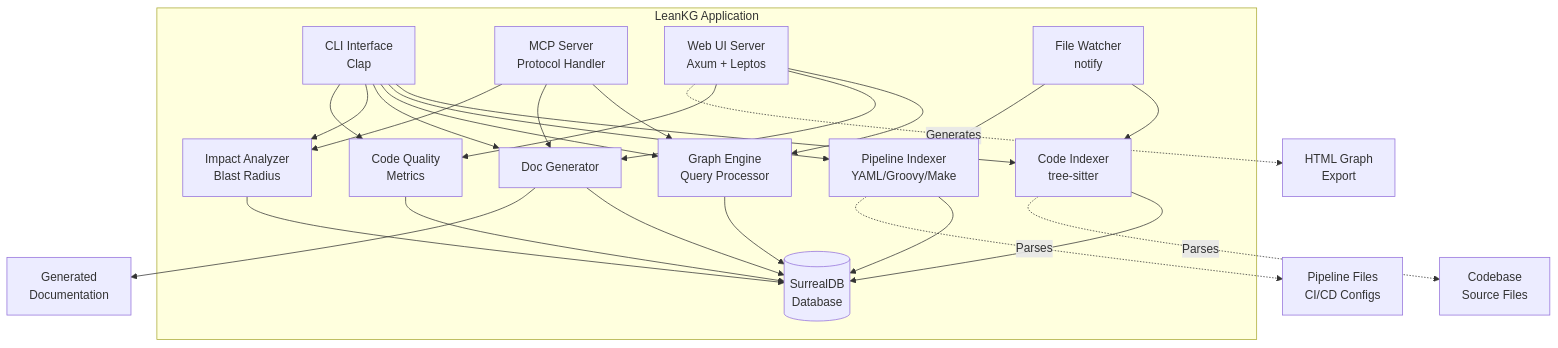
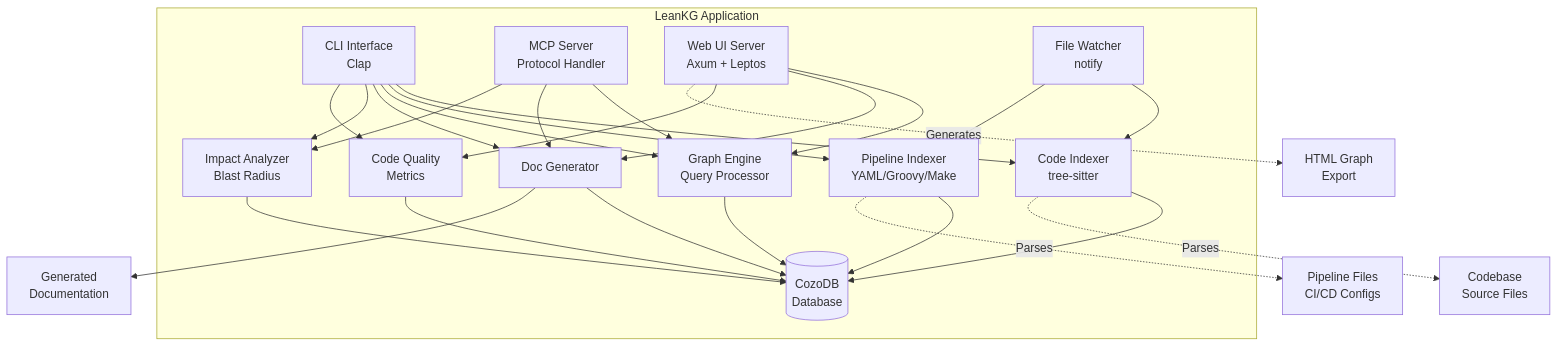
Before and after one commit to FreePeak/LeanKG: the second of 11 diagrams in docs/design/hld-leankg.md, drawn with Mermaid. The commit also changed other lines of this file and 7 other files, not shown here.

First line of the commit message:
docs: add pipeline extraction to PRD/HLD, migrate SurrealDB references to CozoDB

````diff
--- a/docs/design/hld-leankg.md
+++ b/docs/design/hld-leankg.md
@@ -94,53 +95,53 @@
 ```mermaid
 graph TB
     subgraph "LeanKG Application"
         CLI[CLI Interface<br/>Clap]
         MCP[MCP Server<br/>Protocol Handler]
         Web[Web UI Server<br/>Axum + Leptos]
         
         Indexer[Code Indexer<br/>tree-sitter]
         PipeIdx[Pipeline Indexer<br/>YAML/Groovy/Make]
         Graph[Graph Engine<br/>Query Processor]
         DocGen[Doc Generator]
         Watcher[File Watcher<br/>notify]
         Impact[Impact Analyzer<br/>Blast Radius]
         Qual[Code Quality<br/>Metrics]
         
-        DB[(SurrealDB<br/>Database)]
+        DB[(CozoDB<br/>Database)]
         
         CLI --> Indexer
         CLI --> PipeIdx
         CLI --> Graph
         CLI --> DocGen
         CLI --> Impact
         CLI --> Qual
         
         MCP --> Graph
         MCP --> DocGen
         MCP --> Impact
         
         Web --> Graph
         Web --> DocGen
         Web --> Qual
         
         Indexer --> DB
         PipeIdx --> DB
         Graph --> DB
         DocGen --> DB
         Impact --> DB
         Qual --> DB
         Watcher --> Indexer
         Watcher --> PipeIdx
     end
     
     Codebase[Codebase<br/>Source Files]
     PipeFiles[Pipeline Files<br/>CI/CD Configs]
     Indexer -.->|Parses| Codebase
     PipeIdx -.->|Parses| PipeFiles
     
     Output[Generated<br/>Documentation]
     DocGen --> Output
     
     HTML[HTML Graph<br/>Export]
     Web -.->|Generates| HTML
 ```
````
